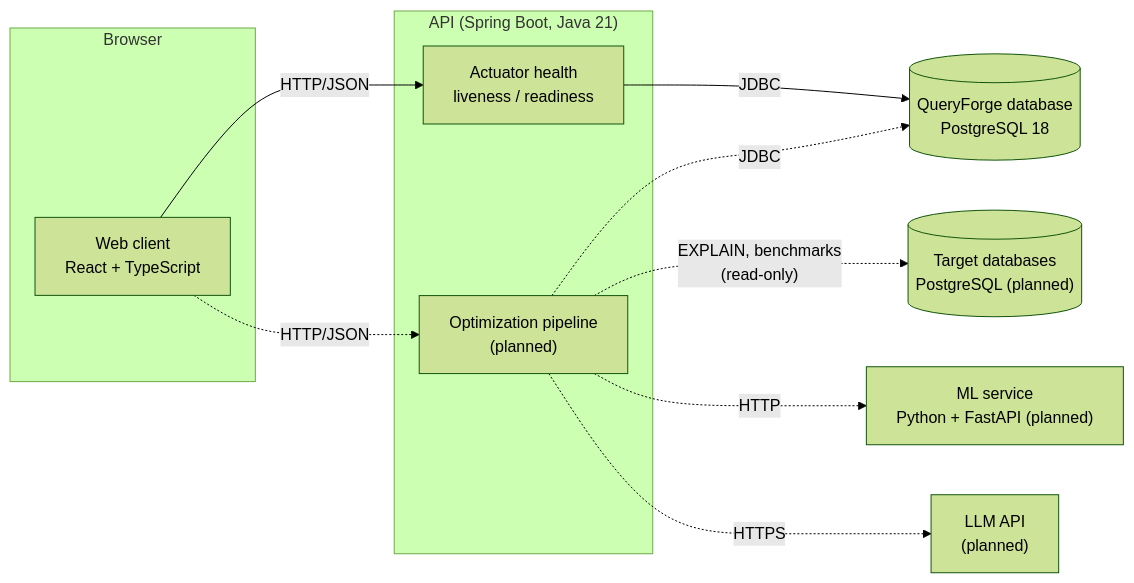
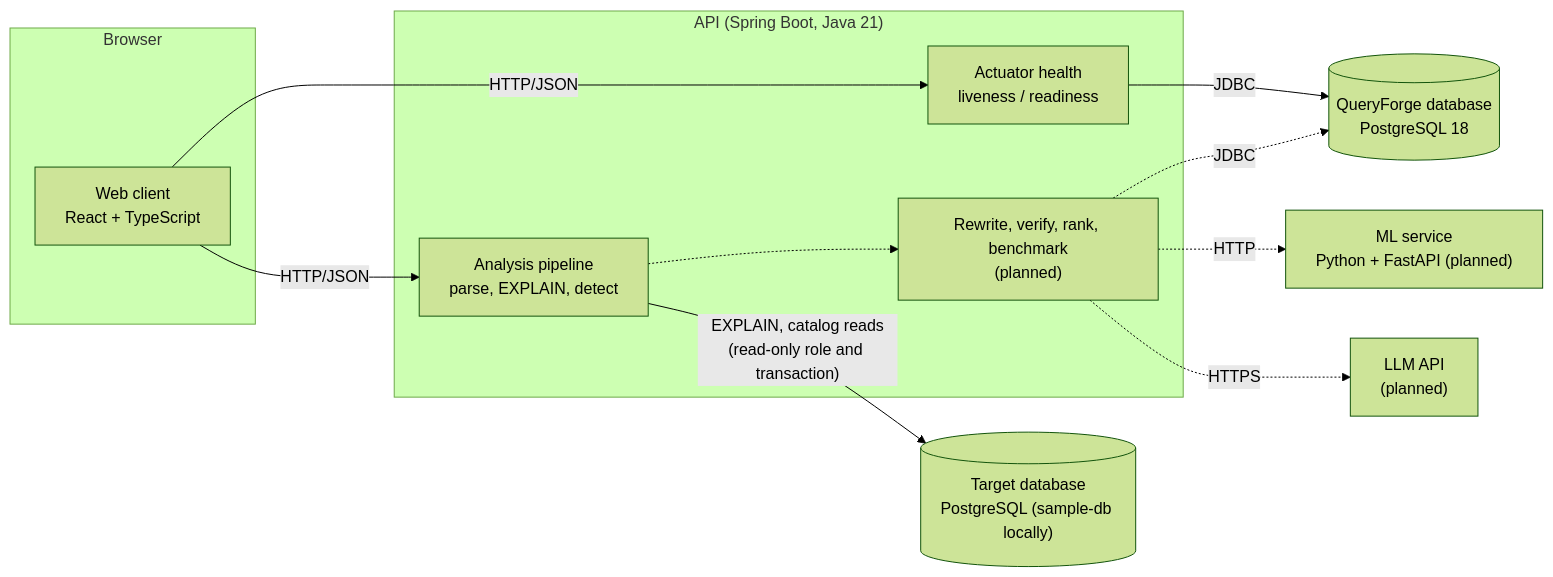
Before and after one commit to spollito/queryforge: the diagram in docs/architecture.md, drawn with Mermaid (forest theme). The commit also changed other lines of this file and 80 other files, not shown here.

````diff
--- a/docs/architecture.md
+++ b/docs/architecture.md
@@ -7,24 +7,26 @@
 ```mermaid
 flowchart LR
     subgraph Browser
         WEB["Web client<br/>React + TypeScript"]
     end
 
     subgraph "API (Spring Boot, Java 21)"
         HEALTH["Actuator health<br/>liveness / readiness"]
-        CORE["Optimization pipeline<br/>(planned)"]
+        ANALYSIS["Analysis pipeline<br/>parse, EXPLAIN, detect"]
+        LATER["Rewrite, verify, rank, benchmark<br/>(planned)"]
     end
 
     APPDB[("QueryForge database<br/>PostgreSQL 18")]
-    TARGET[("Target databases<br/>PostgreSQL (planned)")]
+    TARGET[("Target database<br/>PostgreSQL (sample-db locally)")]
     ML["ML service<br/>Python + FastAPI (planned)"]
     LLM["LLM API<br/>(planned)"]
 
     WEB -- "HTTP/JSON" --> HEALTH
-    WEB -. "HTTP/JSON" .-> CORE
+    WEB -- "HTTP/JSON" --> ANALYSIS
     HEALTH -- JDBC --> APPDB
-    CORE -. JDBC .-> APPDB
-    CORE -. "EXPLAIN, benchmarks<br/>(read-only)" .-> TARGET
-    CORE -. HTTP .-> ML
-    CORE -. HTTPS .-> LLM
+    ANALYSIS -- "EXPLAIN, catalog reads<br/>(read-only role and transaction)" --> TARGET
+    ANALYSIS -.-> LATER
+    LATER -. JDBC .-> APPDB
+    LATER -. HTTP .-> ML
+    LATER -. HTTPS .-> LLM
 ```
````
